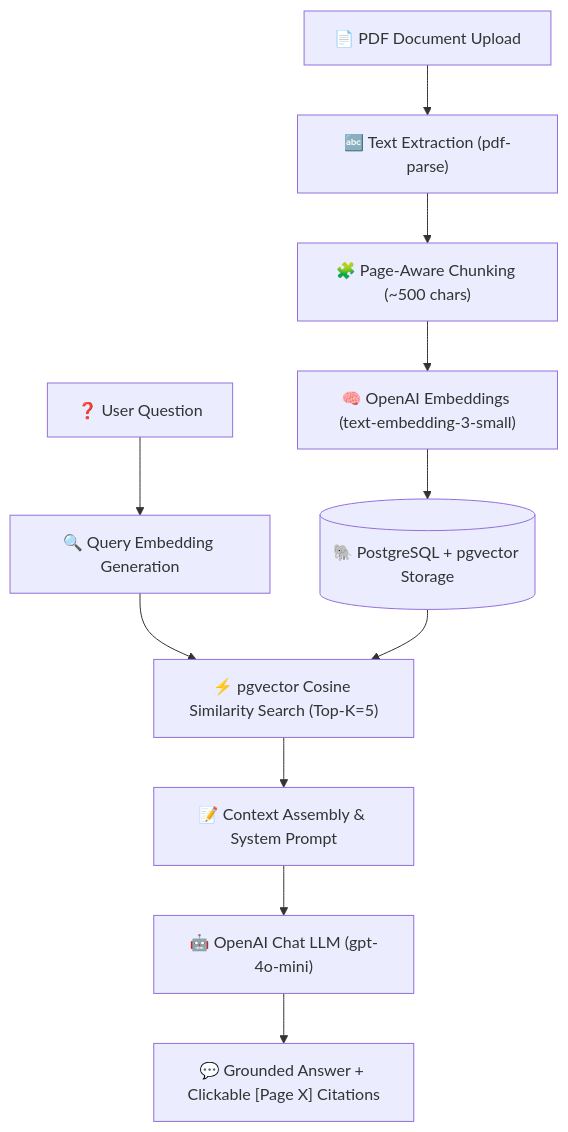
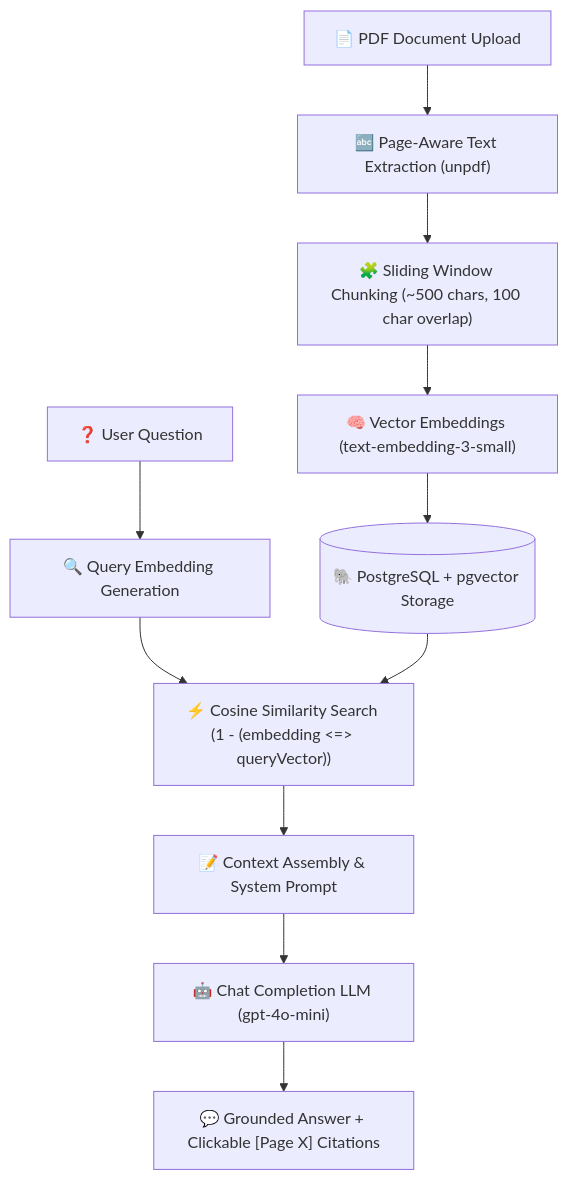
Before and after one commit to Varun24-s/doclens: the diagram in README.md, drawn with Mermaid. The commit also changed other lines of this file, not shown here.

````diff
--- a/README.md
+++ b/README.md
@@ -23,14 +23,14 @@
 ```mermaid
 flowchart TD
-    A["📄 PDF Document Upload"] --> B["🔤 Text Extraction (pdf-parse)"]
-    B --> C["🧩 Page-Aware Chunking (~500 chars)"]
-    C --> D["🧠 OpenAI Embeddings (text-embedding-3-small)"]
+    A["📄 PDF Document Upload"] --> B["🔤 Page-Aware Text Extraction (unpdf)"]
+    B --> C["🧩 Sliding Window Chunking (~500 chars, 100 char overlap)"]
+    C --> D["🧠 Vector Embeddings (text-embedding-3-small)"]
     D --> E[("🐘 PostgreSQL + pgvector Storage")]
     
     F["❓ User Question"] --> G["🔍 Query Embedding Generation"]
-    G --> H["⚡ pgvector Cosine Similarity Search (Top-K=5)"]
+    G --> H["⚡ Cosine Similarity Search (1 - (embedding <=> queryVector))"]
     E --> H
     H --> I["📝 Context Assembly & System Prompt"]
-    I --> J["🤖 OpenAI Chat LLM (gpt-4o-mini)"]
+    I --> J["🤖 Chat Completion LLM (gpt-4o-mini)"]
     J --> K["💬 Grounded Answer + Clickable [Page X] Citations"]
 ```
````
